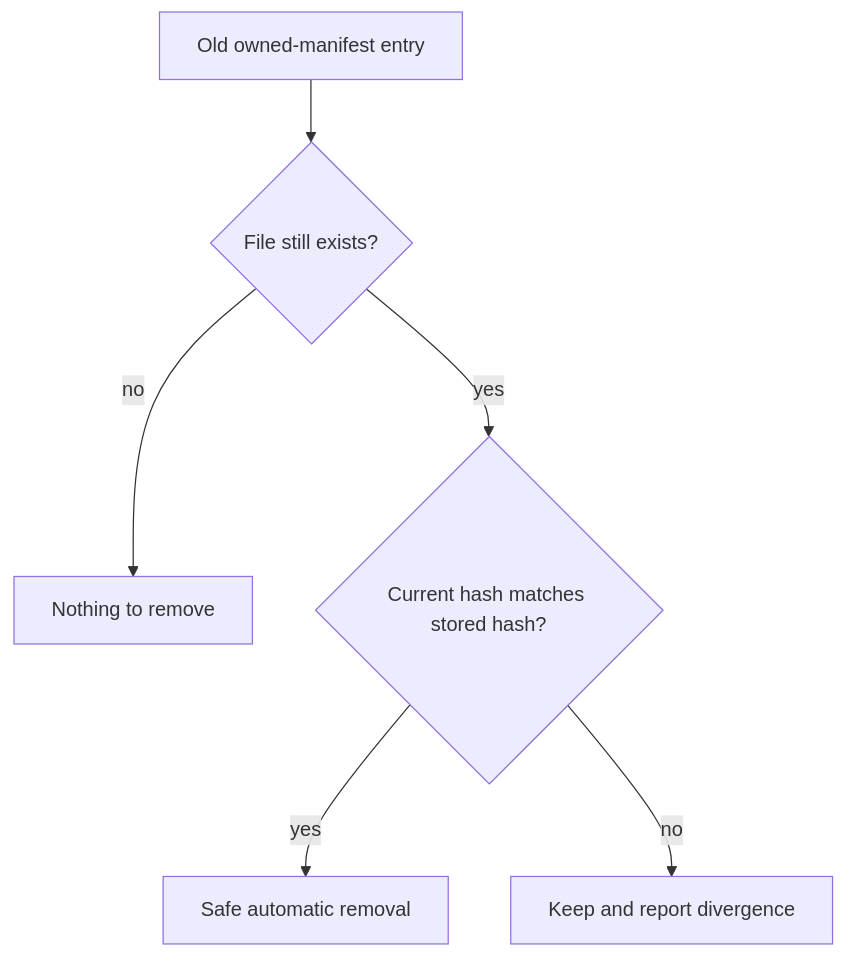
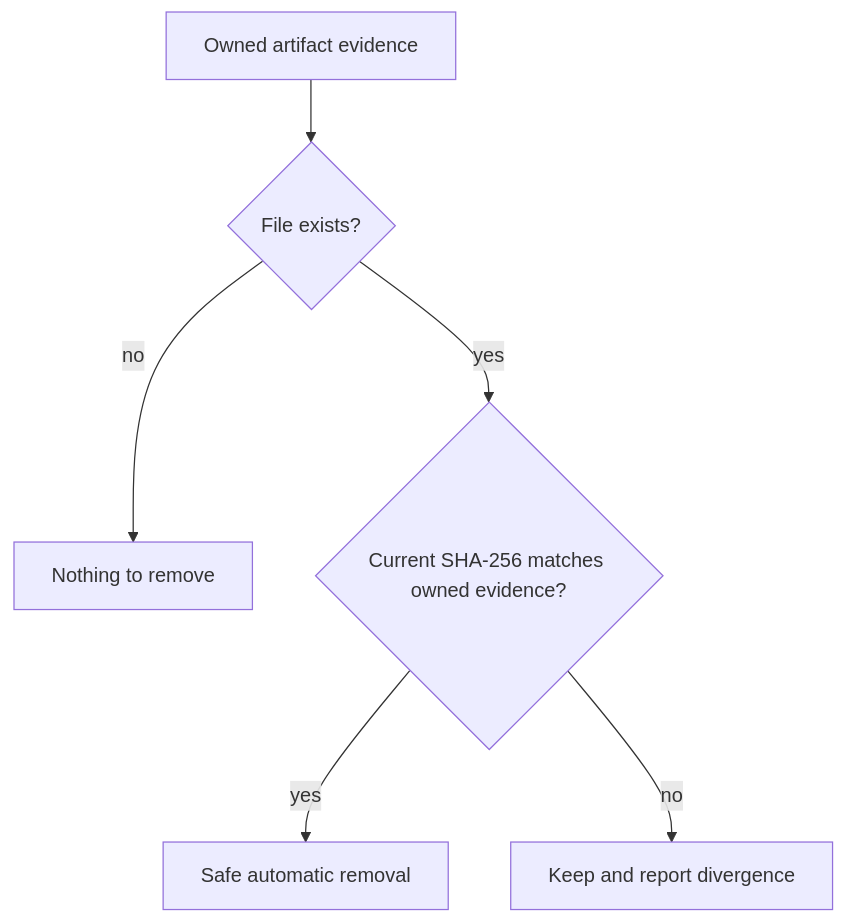
One commit to adeccscholar/BuildEngine-Admin changed the fourth of 4 diagrams in admin/server-docs/library-extensions.md. Above: the diagram before and after it, drawn with Mermaid. The commit also changed other lines of this file, not shown here.

Commit message:
Align extension documentation with current ownership contract

````diff
--- a/admin/server-docs/library-extensions.md
+++ b/admin/server-docs/library-extensions.md
@@ -275,8 +202,8 @@
 ```mermaid
 flowchart TD
-    O[Old owned-manifest entry] --> E{File still exists?}
+    O[Owned artifact evidence] --> E{File exists?}
     E -- no --> N[Nothing to remove]
-    E -- yes --> H{Current hash matches stored hash?}
+    E -- yes --> H{Current SHA-256 matches owned evidence?}
     H -- yes --> R[Safe automatic removal]
     H -- no --> K[Keep and report divergence]
 ```
````
